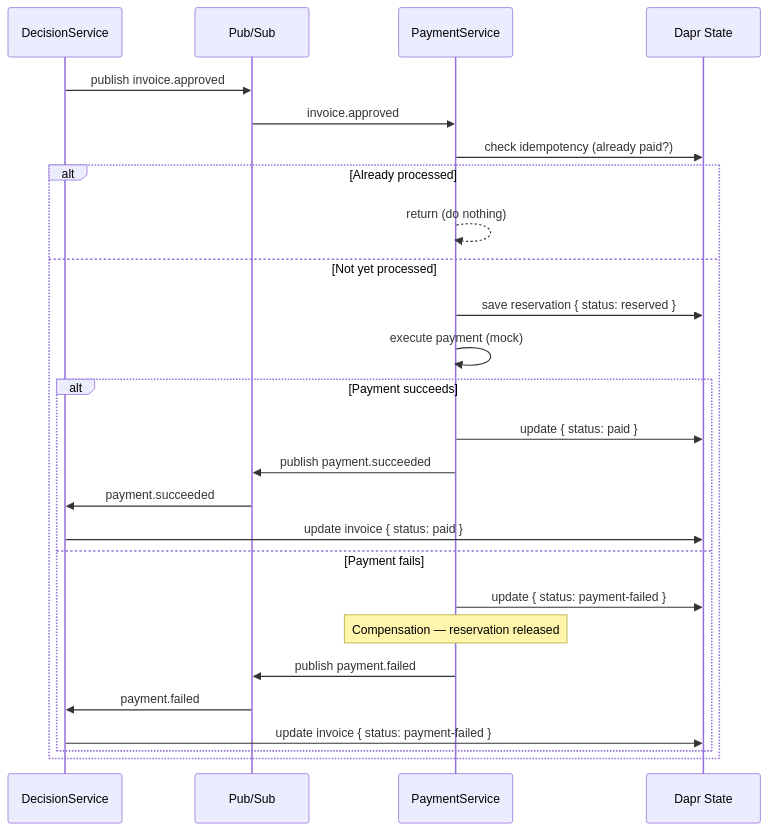
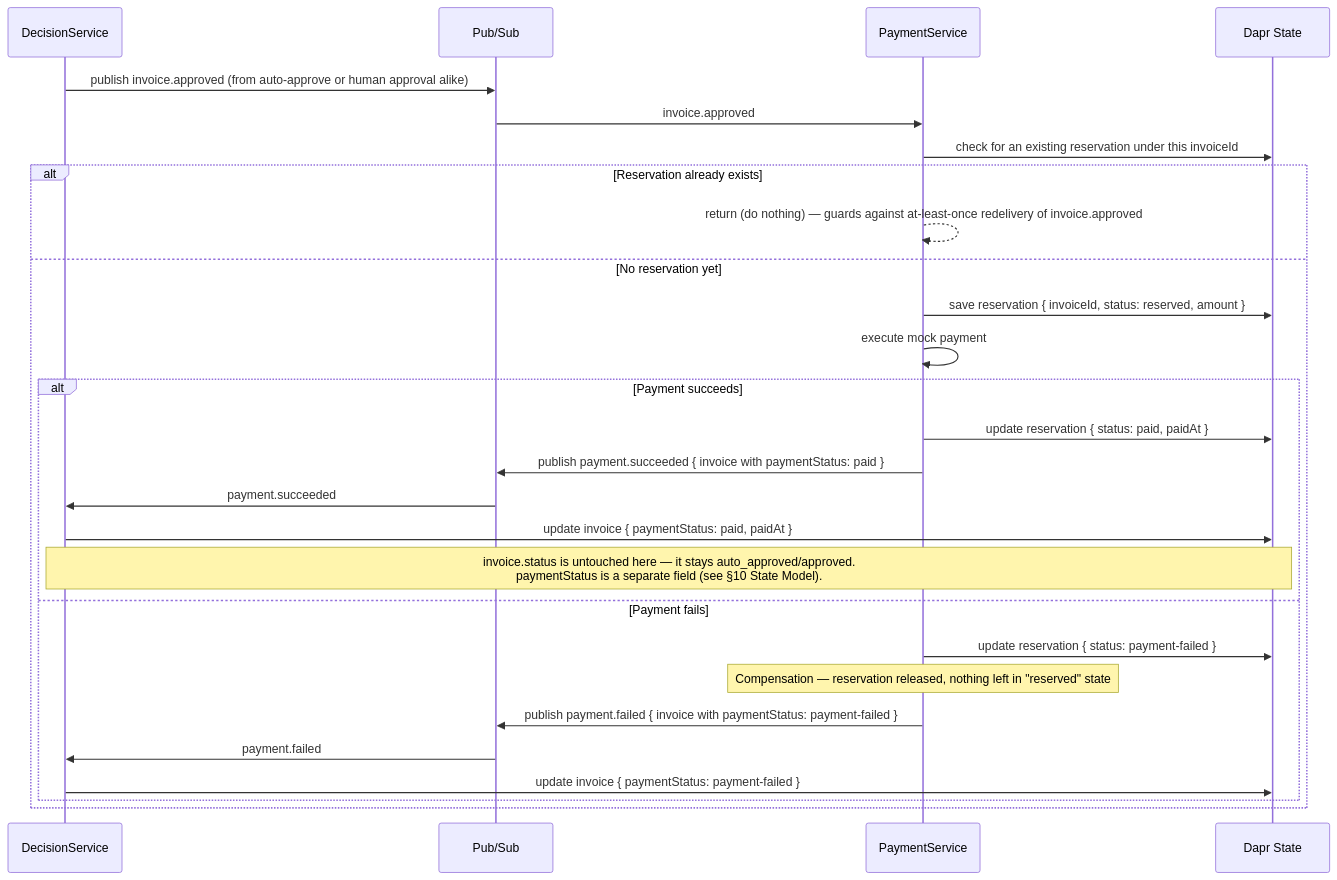
Before and after one commit to Devora9249/ApprovalFlow: the fourth of 6 diagrams in ARCHITECTURE.md, drawn with Mermaid. The commit also changed other lines of this file and 23 other files, not shown here.

````diff
--- a/ARCHITECTURE.md
+++ b/ARCHITECTURE.md
@@ -253,32 +261,33 @@
 ```mermaid
 sequenceDiagram
     participant DS as DecisionService
     participant PB as Pub/Sub
     participant PS as PaymentService
     participant ST as Dapr State
 
-    DS->>PB: publish invoice.approved
+    DS->>PB: publish invoice.approved (from auto-approve or human approval alike)
 
     PB->>PS: invoice.approved
-    PS->>ST: check idempotency (already paid?)
-    
-    alt Already processed
-        PS-->>PS: return (do nothing)
-    else Not yet processed
-        PS->>ST: save reservation { status: reserved }
-        PS->>PS: execute payment (mock)
-        
+    PS->>ST: check for an existing reservation under this invoiceId
+
+    alt Reservation already exists
+        PS-->>PS: return (do nothing) — guards against at-least-once redelivery of invoice.approved
+    else No reservation yet
+        PS->>ST: save reservation { invoiceId, status: reserved, amount }
+        PS->>PS: execute mock payment
+
         alt Payment succeeds
-            PS->>ST: update { status: paid }
-            PS->>PB: publish payment.succeeded
+            PS->>ST: update reservation { status: paid, paidAt }
+            PS->>PB: publish payment.succeeded { invoice with paymentStatus: paid }
             PB->>DS: payment.succeeded
-            DS->>ST: update invoice { status: paid }
+            DS->>ST: update invoice { paymentStatus: paid, paidAt }
+            Note over DS,ST: invoice.status is untouched here — it stays auto_approved/approved.<br/>paymentStatus is a separate field (see §10 State Model).
         else Payment fails
-            PS->>ST: update { status: payment-failed }
-            Note over PS: Compensation — reservation released
-            PS->>PB: publish payment.failed
+            PS->>ST: update reservation { status: payment-failed }
+            Note over PS: Compensation — reservation released, nothing left in "reserved" state
+            PS->>PB: publish payment.failed { invoice with paymentStatus: payment-failed }
             PB->>DS: payment.failed
-            DS->>ST: update invoice { status: payment-failed }
+            DS->>ST: update invoice { paymentStatus: payment-failed }
         end
     end
 ```
````
